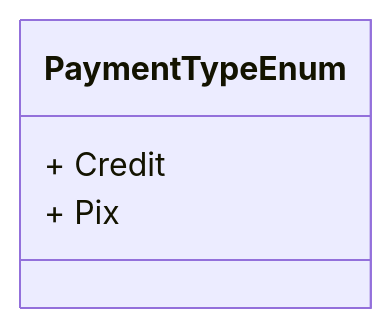
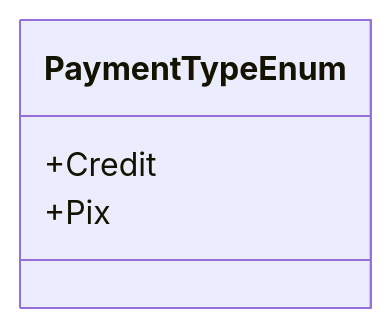
The diagram in docs/b2b-dominio/IsthmusWinthor.Nucleo/IsthmusWinthor.Dominio/Enumeradores/SafraPay/PaymentTypeEnum.md (IsthmusSistemas/documentacao-tecnica), drawn with Mermaid before and after one commit. The commit also changed other lines of this file and 882 other files, not shown here.

````diff
--- a/docs/b2b-dominio/IsthmusWinthor.Nucleo/IsthmusWinthor.Dominio/Enumeradores/SafraPay/PaymentTypeEnum.md
+++ b/docs/b2b-dominio/IsthmusWinthor.Nucleo/IsthmusWinthor.Dominio/Enumeradores/SafraPay/PaymentTypeEnum.md
@@ -12,7 +12,7 @@
 ```mermaid
 classDiagram
     class PaymentTypeEnum {
-        + Credit
-        + Pix
+        +Credit
+        +Pix
     }
 ```
````
